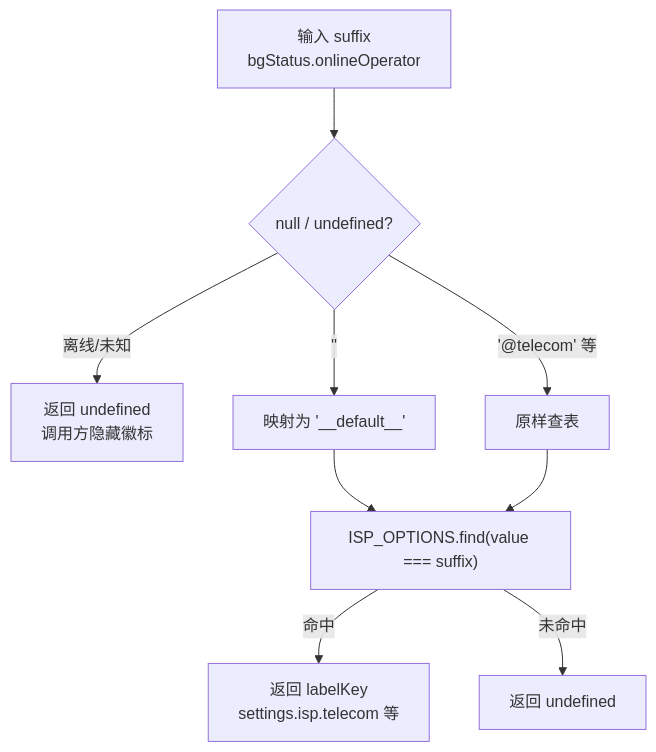
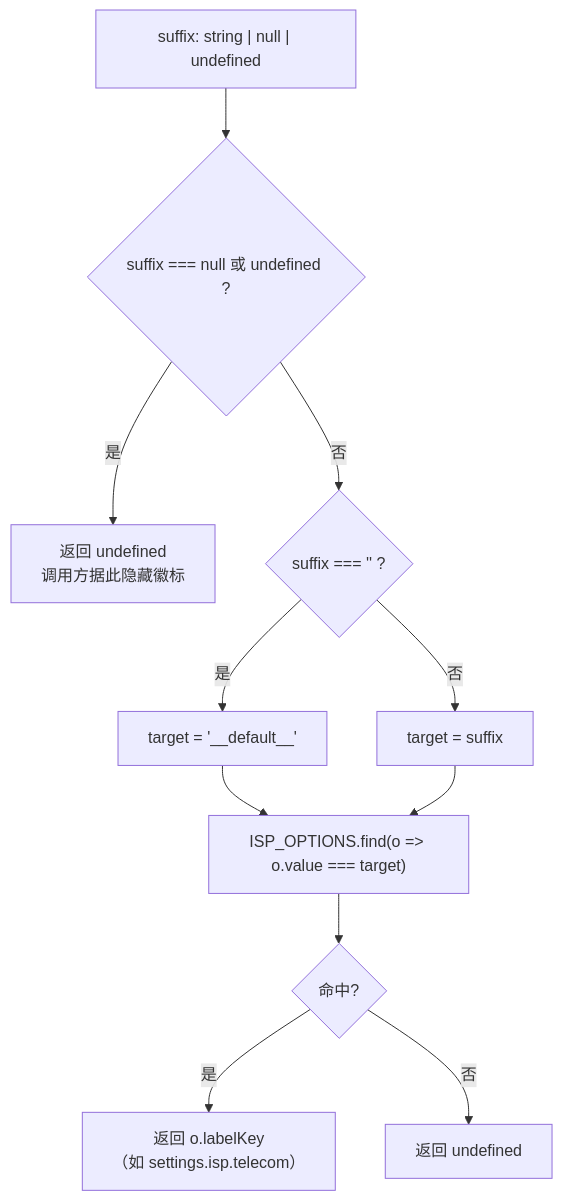
The third of 6 diagrams in .codewiki/modules/android-frontend-settings-constants.md (ikliml666/Wxxy-CampusLogin), drawn with Mermaid before and after one commit. The commit also changed other lines of this file and 21 other files, not shown here.

````diff
--- a/.codewiki/modules/android-frontend-settings-constants.md
+++ b/.codewiki/modules/android-frontend-settings-constants.md
@@ -145,11 +230,13 @@
 ```mermaid
 flowchart TD
-    IN["输入 suffix<br/>bgStatus.onlineOperator"] --> Q{"null / undefined?"}
-    Q -->|"离线/未知"| OUT1["返回 undefined<br/>调用方隐藏徽标"]
-    Q -->|"''"| D["映射为 '__default__'"]
-    Q -->|"'@telecom' 等"| D2["原样查表"]
-    D --> F["ISP_OPTIONS.find(value === suffix)"]
-    D2 --> F
-    F -->|"命中"| OUT2["返回 labelKey<br/>settings.isp.telecom 等"]
-    F -->|"未命中"| OUT3["返回 undefined"]
+    A["suffix: string | null | undefined"] --> B{"suffix === null 或 undefined ?"}
+    B -->|"是"| C["返回 undefined<br/>调用方据此隐藏徽标"]
+    B -->|"否"| D{"suffix === '' ?"}
+    D -->|"是"| E["target = '__default__'"]
+    D -->|"否"| F["target = suffix"]
+    E --> G["ISP_OPTIONS.find(o => o.value === target)"]
+    F --> G
+    G --> H{"命中?"}
+    H -->|"是"| I["返回 o.labelKey<br/>（如 settings.isp.telecom）"]
+    H -->|"否"| J["返回 undefined"]
 ```
````
